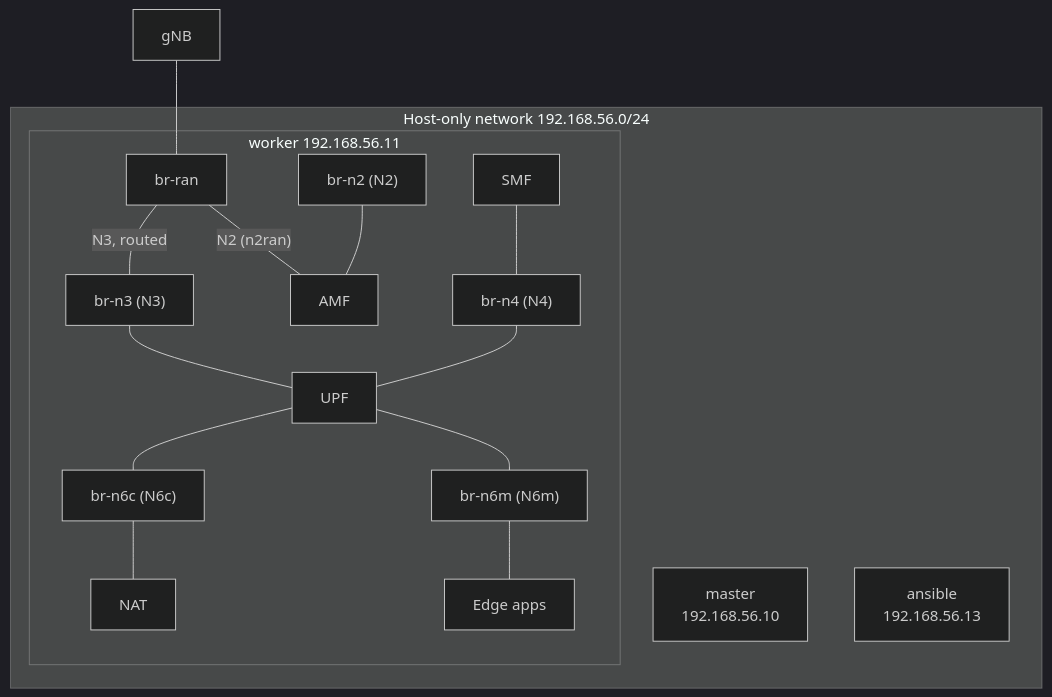
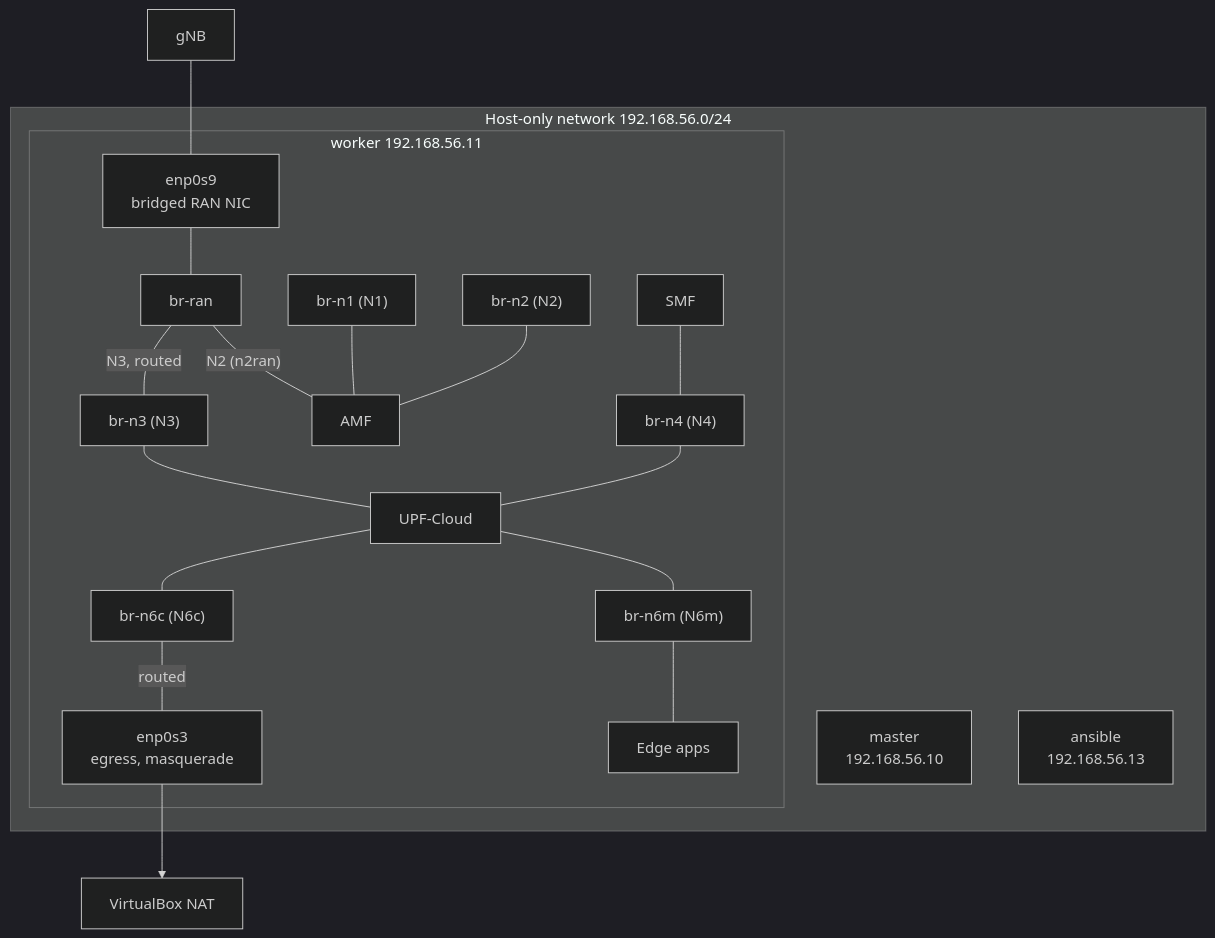
The second of 6 diagrams in docs/architecture/overview.md (Jacobbista/kelt), drawn with Mermaid (dark theme) before and after one commit. The commit also changed other lines of this file and 2 other files, not shown here.

Commit message:
docs: thesis topology diagrams, three-stage NAT, optional tunnel and LAN sign-in limit

````diff
--- a/docs/architecture/overview.md
+++ b/docs/architecture/overview.md
@@ -67,30 +87,35 @@
 ```mermaid
 flowchart TB
     GNB["gNB"]
+    VNAT["VirtualBox NAT"]
     subgraph HOST["Host-only network 192.168.56.0/24"]
         M["master<br/>192.168.56.10"]
         A["ansible<br/>192.168.56.13"]
         subgraph W["worker 192.168.56.11"]
+            RNIC["enp0s9<br/>bridged RAN NIC"]
+            ENIC["enp0s3<br/>egress, masquerade"]
             BRAN["br-ran"]
+            BN1["br-n1 (N1)"]
             BN2["br-n2 (N2)"]
             BN3["br-n3 (N3)"]
             BN4["br-n4 (N4)"]
             BN6C["br-n6c (N6c)"]
             BN6M["br-n6m (N6m)"]
             AMF["AMF"]
             SMF["SMF"]
-            UPF["UPF"]
+            UPF["UPF-Cloud"]
             APP["Edge apps"]
-            NAT["NAT"]
         end
     end
 
-    GNB --- BRAN
+    GNB --- RNIC --- BRAN
     BRAN -- "N2 (n2ran)" --- AMF
     BRAN -- "N3, routed" --- BN3
+    BN1 --- AMF
     BN2 --- AMF
     BN3 --- UPF
     SMF --- BN4 --- UPF
     UPF --- BN6M --- APP
-    UPF --- BN6C --- NAT
+    UPF --- BN6C -- "routed" --- ENIC
+    ENIC --> VNAT
 ```
````
